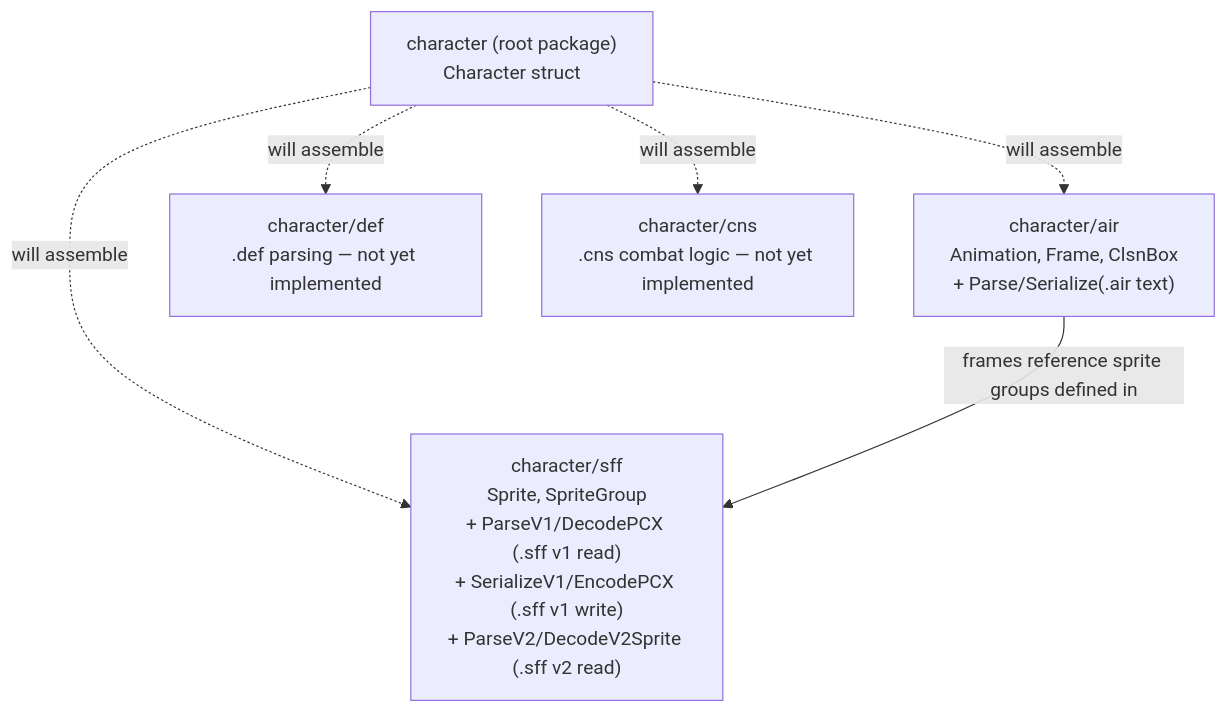
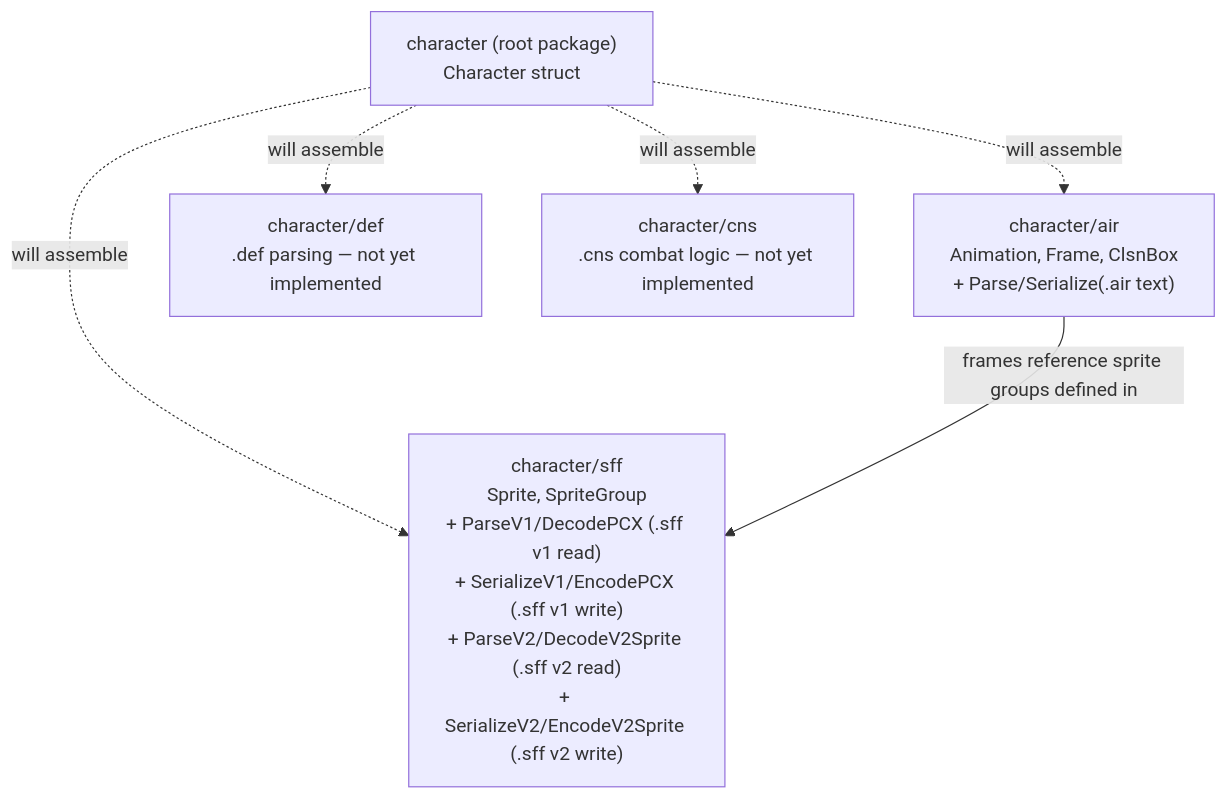
One commit to openkakutou/character changed the diagram in docs/architecture.md. Above: the diagram before and after it, drawn with Mermaid. The commit also changed other lines of this file and 12 other files, not shown here.

Commit message:
feat: sprites can now be saved back out to a valid .sff v2 file, including raw and PNG-encoded pixel data, sprite-linking (shared pixel data), and palette bank data with palette-linking; saved files load back correctly with no image data lost and all palette bank references preserved

````diff
--- a/docs/architecture.md
+++ b/docs/architecture.md
@@ -11,14 +11,14 @@
 ```mermaid
 graph TD
     root["character (root package)<br/>Character struct"]
     air["character/air<br/>Animation, Frame, ClsnBox<br/>+ Parse/Serialize(.air text)"]
     def["character/def<br/>.def parsing — not yet implemented"]
-    sff["character/sff<br/>Sprite, SpriteGroup<br/>+ ParseV1/DecodePCX (.sff v1 read)<br/>+ SerializeV1/EncodePCX (.sff v1 write)<br/>+ ParseV2/DecodeV2Sprite (.sff v2 read)"]
+    sff["character/sff<br/>Sprite, SpriteGroup<br/>+ ParseV1/DecodePCX (.sff v1 read)<br/>+ SerializeV1/EncodePCX (.sff v1 write)<br/>+ ParseV2/DecodeV2Sprite (.sff v2 read)<br/>+ SerializeV2/EncodeV2Sprite (.sff v2 write)"]
     cns["character/cns<br/>.cns combat logic — not yet implemented"]
 
     root -.->|will assemble| air
     root -.->|will assemble| def
     root -.->|will assemble| sff
     root -.->|will assemble| cns
     air -->|frames reference sprite groups defined in| sff
 ```
````
